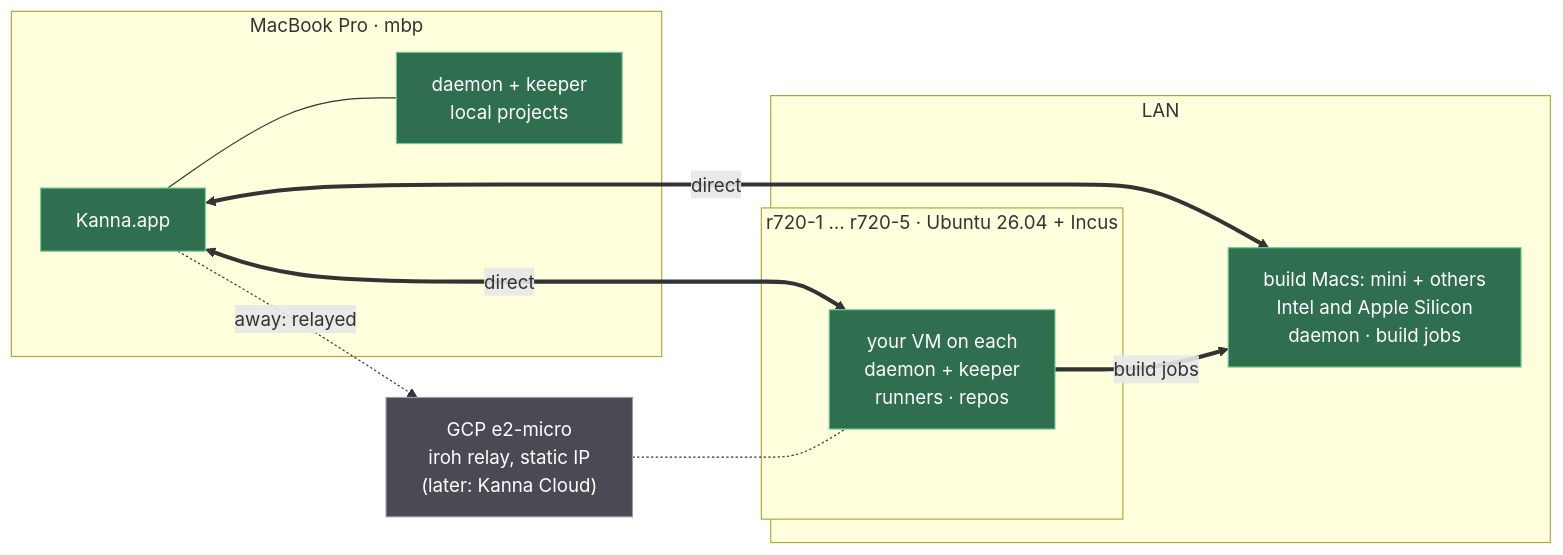
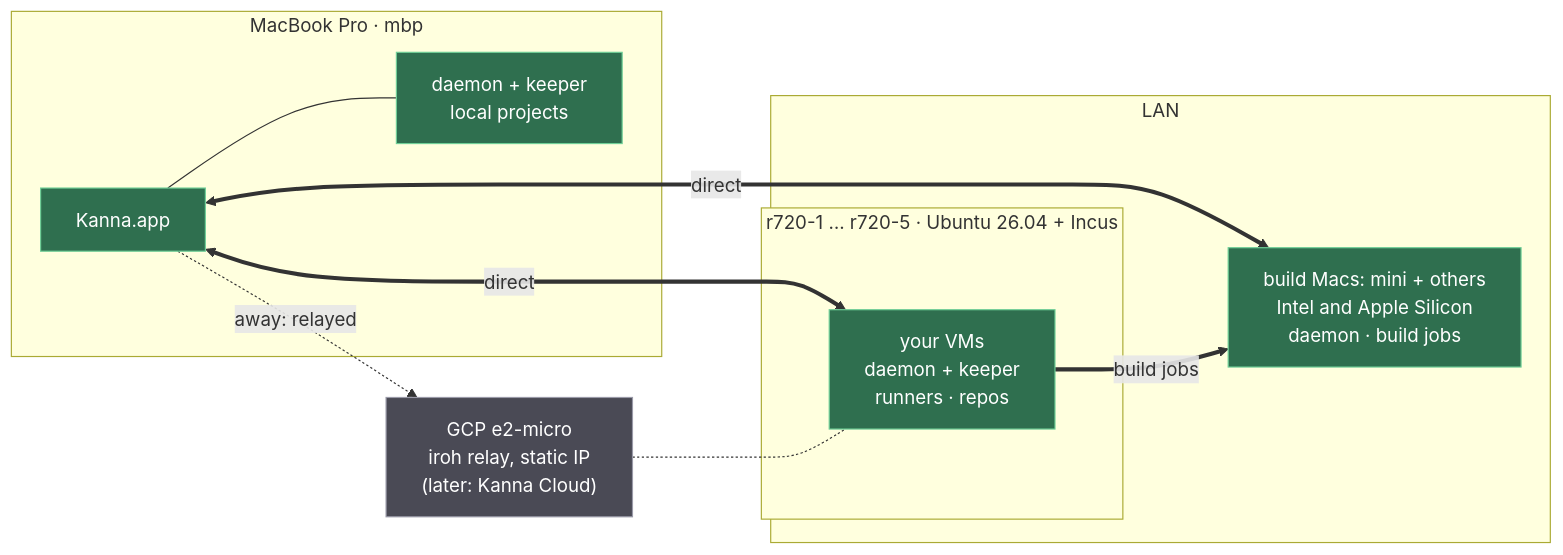
One commit to tampopogk/kanna changed the first of 2 diagrams in docs/specs/fleet.md. Above: the diagram before and after it, drawn with Mermaid. The commit also changed other lines of this file and 1 other file, not shown here.

Commit message:
Fleet: a user can have any number of VMs, each a peer; a VM never holds two users

````diff
--- a/docs/specs/fleet.md
+++ b/docs/specs/fleet.md
@@ -39,20 +39,20 @@
 ```mermaid
 flowchart LR
     subgraph MBP["MacBook Pro · mbp"]
         APP["Kanna.app"] --- LD["daemon + keeper<br/>local projects"]
     end
     subgraph LAN["LAN"]
         subgraph R["r720-1 … r720-5 · Ubuntu 26.04 + Incus"]
-            VM["your VM on each<br/>daemon + keeper<br/>runners · repos"]
+            VM["your VMs<br/>daemon + keeper<br/>runners · repos"]
         end
         MACS["build Macs: mini + others<br/>Intel and Apple Silicon<br/>daemon · build jobs"]
     end
     GCP["GCP e2-micro<br/>iroh relay, static IP<br/>(later: Kanna Cloud)"]
     APP <==>|"direct"| VM & MACS
     VM ==>|"build jobs"| MACS
     APP -.->|"away: relayed"| GCP -.- VM
     classDef kanna fill:#2f6f4f,stroke:#6fcf97,color:#ffffff
     classDef os fill:#4a4a55,stroke:#9a9aa8,color:#ffffff
     class APP,LD,VM,MACS kanna
     class GCP os
 ```
````
